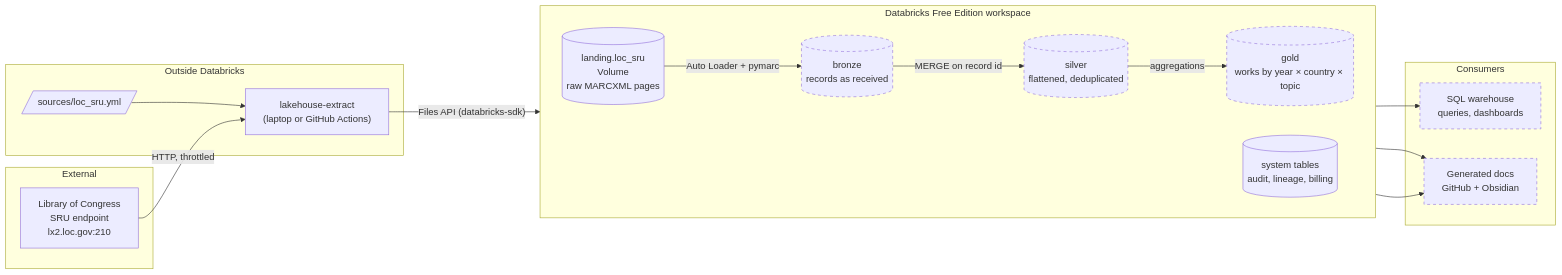
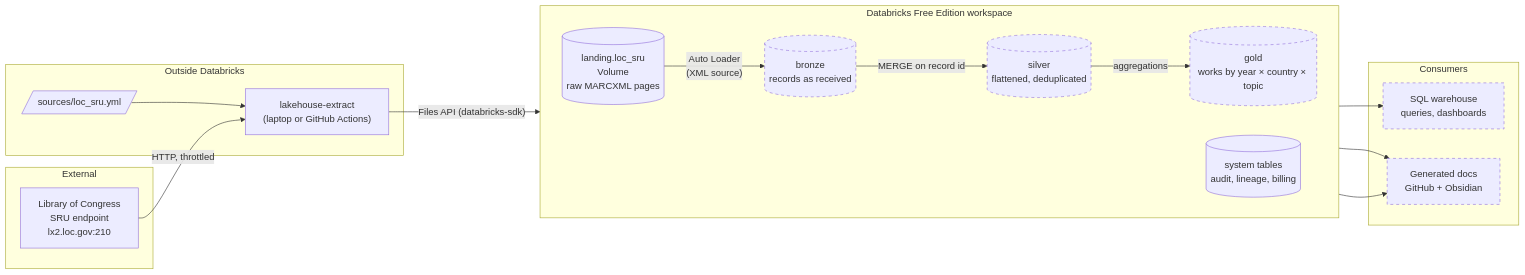
Before and after one commit to lawttaro-dev/databricks-lakehouse: the first of 5 diagrams in docs/04-architecture.md, drawn with Mermaid. The commit also changed other lines of this file and 16 other files, not shown here.

First line of the commit message:
feat(bronze): scaffold MARCXML bronze ingestion with Auto Loader

````diff
--- a/docs/04-architecture.md
+++ b/docs/04-architecture.md
@@ -21,38 +21,38 @@
 ```mermaid
 flowchart LR
     subgraph EXT["External"]
         LOC["Library of Congress<br/>SRU endpoint<br/>lx2.loc.gov:210"]
     end
 
     subgraph RUN["Outside Databricks"]
         CLI["lakehouse-extract<br/>(laptop or GitHub Actions)"]
         CFG[/"sources/loc_sru.yml"/]
         CFG --> CLI
     end
 
     subgraph DBX["Databricks Free Edition workspace"]
         direction LR
         VOL[("landing.loc_sru<br/>Volume<br/>raw MARCXML pages")]
         BR[("bronze<br/>records as received")]
         SI[("silver<br/>flattened, deduplicated")]
         GO[("gold<br/>works by year × country × topic")]
         SYS[("system tables<br/>audit, lineage, billing")]
-        VOL -- "Auto Loader + pymarc" --> BR
+        VOL -- "Auto Loader<br/>(XML source)" --> BR
         BR -- "MERGE on record id" --> SI
         SI -- "aggregations" --> GO
     end
 
     subgraph USE["Consumers"]
         SQL["SQL warehouse<br/>queries, dashboards"]
         DOCS["Generated docs<br/>GitHub + Obsidian"]
     end
 
     LOC -- "HTTP, throttled" --> CLI
     CLI -- "Files API (databricks-sdk)" --> VOL
     GO --> SQL
     SYS --> DOCS
     GO --> DOCS
 
     classDef planned stroke-dasharray: 5 5
     class BR,SI,GO,SQL,DOCS planned
 ```
````
